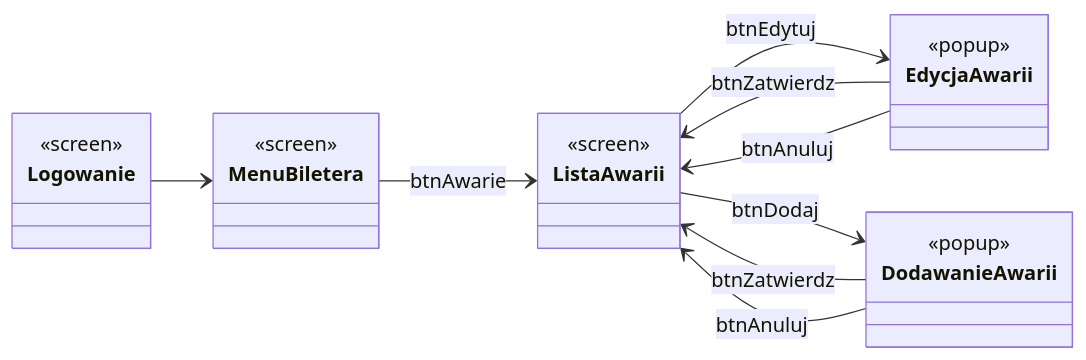
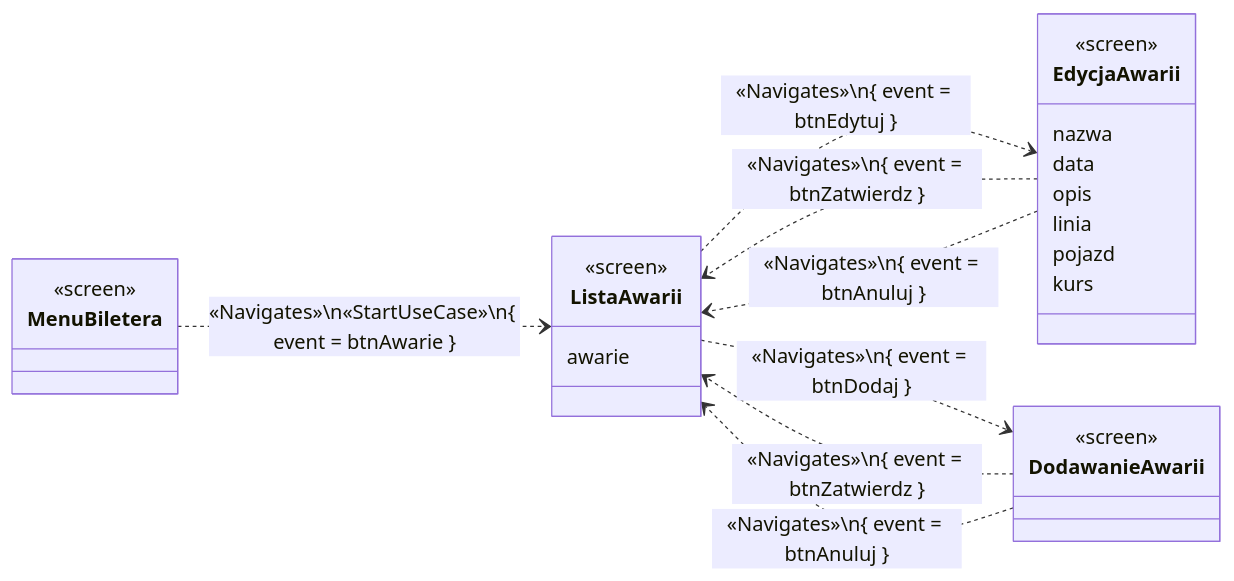
One commit to PWR-ACS-SE-24/SoftwareSystemDesign changed diagram 15 of 15 in documentation/course/E1.md. Above: the diagram before and after it, drawn with Mermaid. The commit also changed other lines of this file, not shown here.

Commit message:
Update mermaid navigatonal maps

````diff
--- a/documentation/course/E1.md
+++ b/documentation/course/E1.md
@@ -1091,19 +1099,28 @@
 ```mermaid
 classDiagram
     direction LR
-    class Logowanie { <<screen>> }
     class MenuBiletera { <<screen>> }
-    class ListaAwarii { <<screen>> }
-    class EdycjaAwarii { <<popup>> }
-    class DodawanieAwarii { <<popup>> }
+    class ListaAwarii {
+        <<screen>>
+        awarie
+    }
+    class EdycjaAwarii {
+        <<screen>>
+        nazwa
+        data
+        opis
+        linia
+        pojazd
+        kurs
+    }
+    class DodawanieAwarii { <<screen>> }
 
-    Logowanie --> MenuBiletera
-    MenuBiletera --> ListaAwarii : btnAwarie
-    ListaAwarii --> EdycjaAwarii : btnEdytuj
-    EdycjaAwarii --> ListaAwarii : btnZatwierdz
-    EdycjaAwarii --> ListaAwarii : btnAnuluj
+    MenuBiletera ..> ListaAwarii: «Navigates»\n«StartUseCase»\n{ event = btnAwarie }
+    ListaAwarii ..> EdycjaAwarii: «Navigates»\n{ event = btnEdytuj }
+    EdycjaAwarii ..> ListaAwarii: «Navigates»\n{ event = btnZatwierdz }
+    EdycjaAwarii ..> ListaAwarii: «Navigates»\n{ event = btnAnuluj }
 
-    ListaAwarii --> DodawanieAwarii : btnDodaj
-    DodawanieAwarii --> ListaAwarii : btnZatwierdz
-    DodawanieAwarii --> ListaAwarii : btnAnuluj
+    ListaAwarii ..> DodawanieAwarii: «Navigates»\n{ event = btnDodaj }
+    DodawanieAwarii ..> ListaAwarii: «Navigates»\n{ event = btnZatwierdz }
+    DodawanieAwarii ..> ListaAwarii: «Navigates»\n{ event = btnAnuluj }
 ```
````
